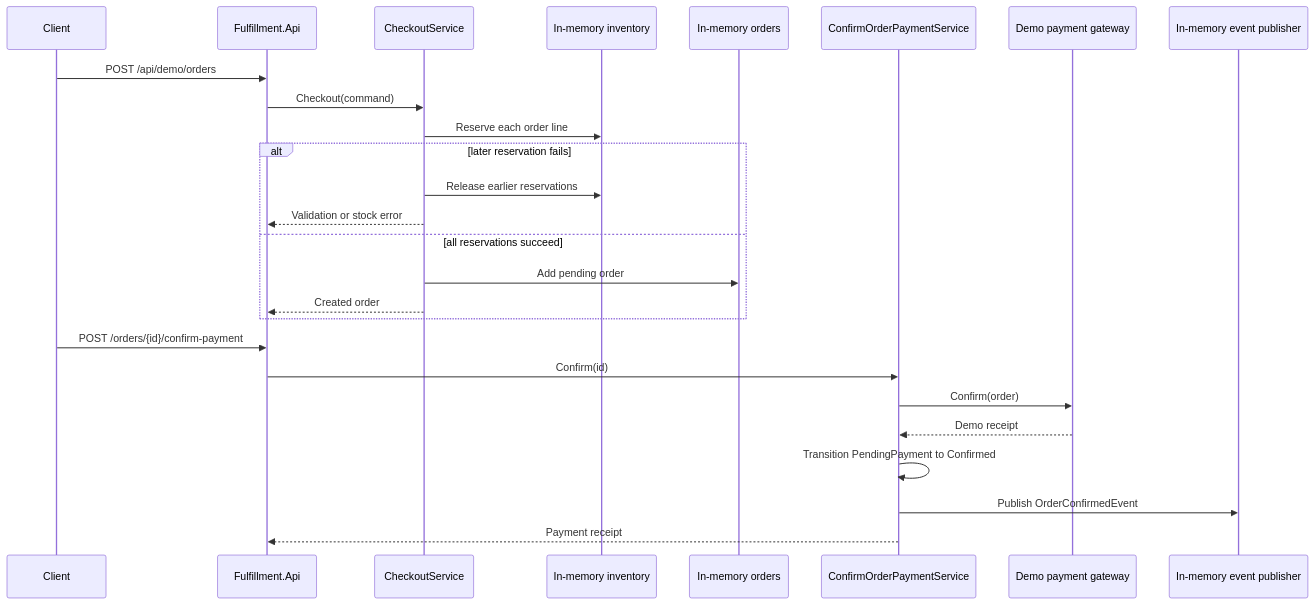
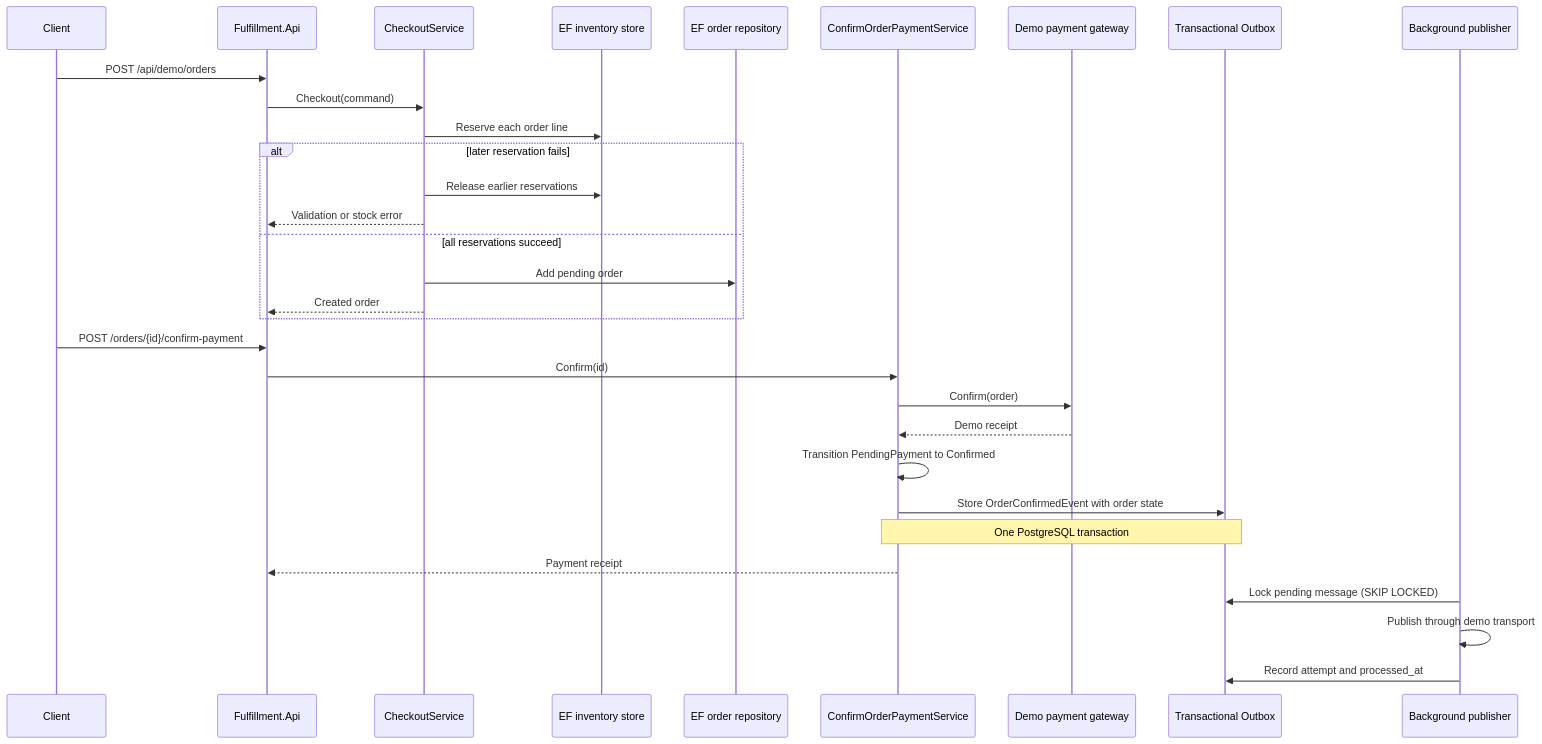
One commit to 1babii1/fulfillment-platform-backend changed the second of 2 diagrams in docs/architecture/overview.md. Above: the diagram before and after it, drawn with Mermaid. The commit also changed other lines of this file and 16 other files, not shown here.

Commit message:
feat(outbox): publish order events transactionally (#18)

````diff
--- a/docs/architecture/overview.md
+++ b/docs/architecture/overview.md
@@ -35,29 +39,34 @@
 ```mermaid
 sequenceDiagram
     participant Client
     participant API as Fulfillment.Api
     participant Checkout as CheckoutService
-    participant Inventory as In-memory inventory
-    participant Orders as In-memory orders
+    participant Inventory as EF inventory store
+    participant Orders as EF order repository
     participant Payment as ConfirmOrderPaymentService
     participant Gateway as Demo payment gateway
-    participant Events as In-memory event publisher
+    participant Outbox as Transactional Outbox
+    participant Publisher as Background publisher
 
     Client->>API: POST /api/demo/orders
     API->>Checkout: Checkout(command)
     Checkout->>Inventory: Reserve each order line
     alt later reservation fails
         Checkout->>Inventory: Release earlier reservations
         Checkout-->>API: Validation or stock error
     else all reservations succeed
         Checkout->>Orders: Add pending order
         Checkout-->>API: Created order
     end
     Client->>API: POST /orders/{id}/confirm-payment
     API->>Payment: Confirm(id)
     Payment->>Gateway: Confirm(order)
     Gateway-->>Payment: Demo receipt
     Payment->>Payment: Transition PendingPayment to Confirmed
-    Payment->>Events: Publish OrderConfirmedEvent
+    Payment->>Outbox: Store OrderConfirmedEvent with order state
+    Note over Payment,Outbox: One PostgreSQL transaction
     Payment-->>API: Payment receipt
+    Publisher->>Outbox: Lock pending message (SKIP LOCKED)
+    Publisher->>Publisher: Publish through demo transport
+    Publisher->>Outbox: Record attempt and processed_at
 ```
````
